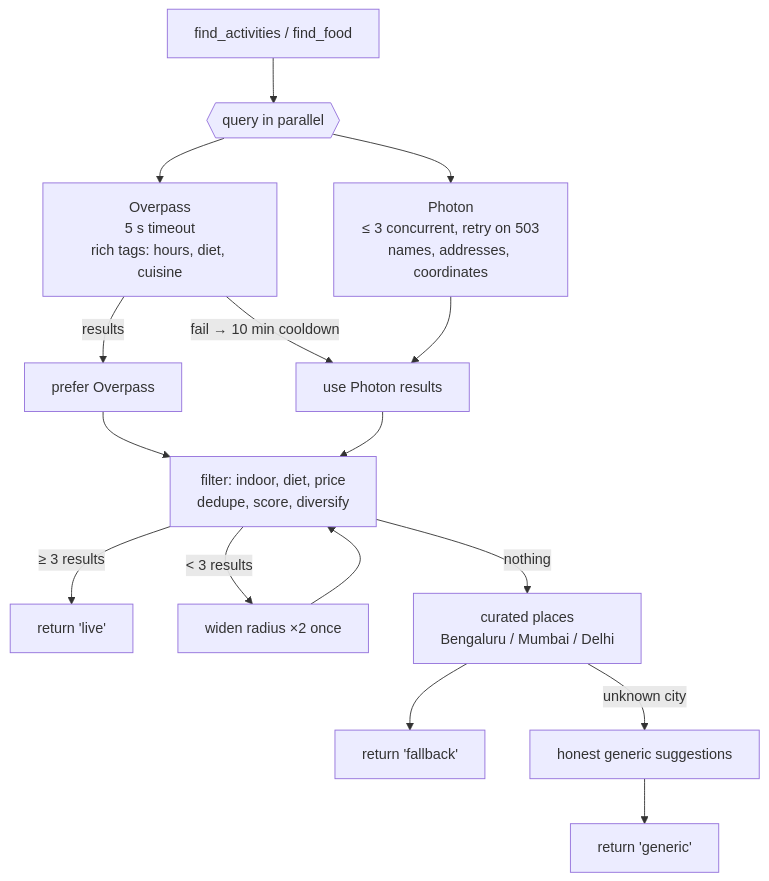
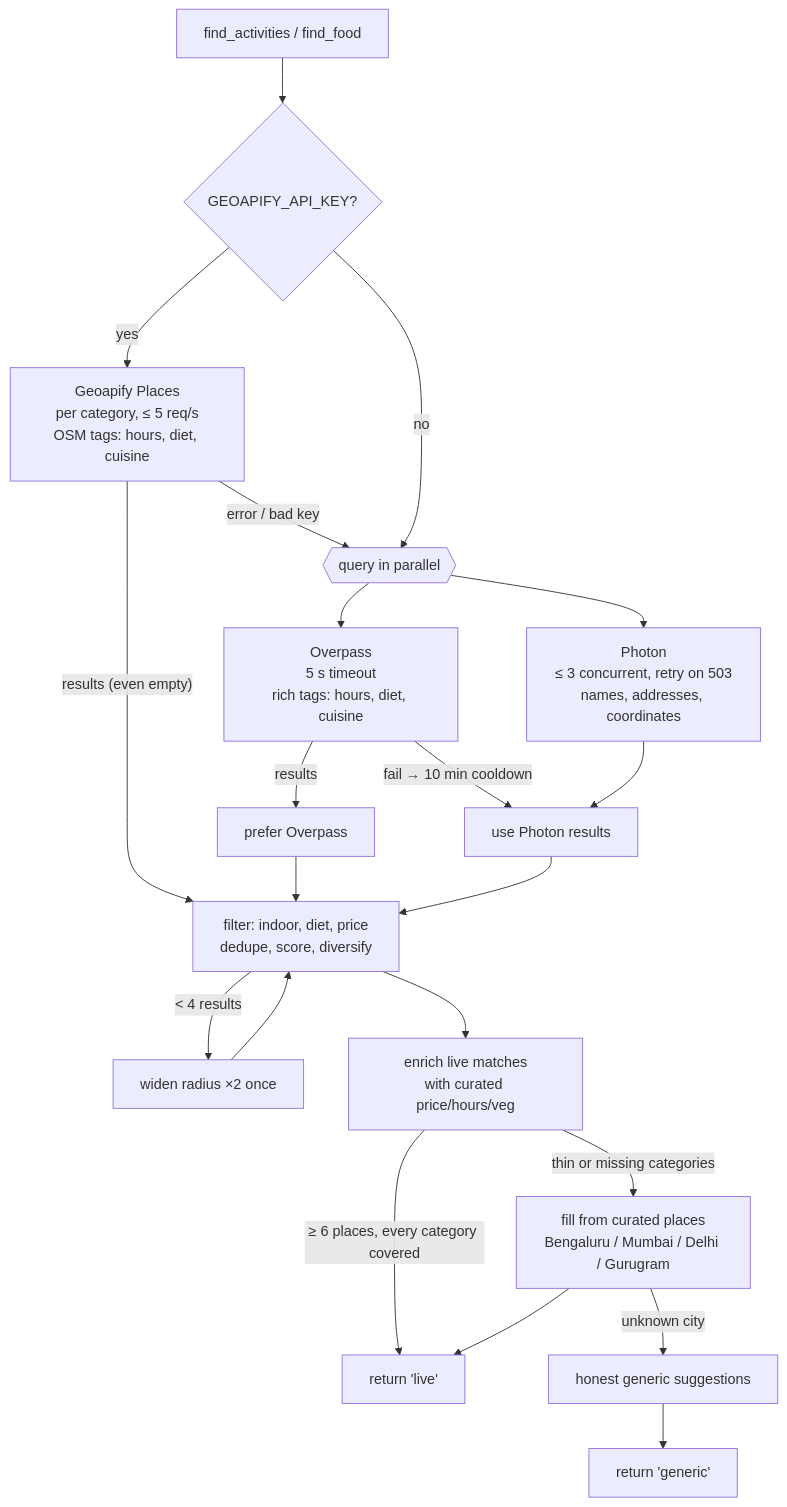
One commit to valayash/perfect-saturday-planner changed the fourth of 4 diagrams in docs/SYSTEM_DESIGN.md. Above: the diagram before and after it, drawn with Mermaid. The commit also changed other lines of this file and 12 other files, not shown here.

First line of the commit message:
Live place data first: Geoapify Places as the primary source

````diff
--- a/docs/SYSTEM_DESIGN.md
+++ b/docs/SYSTEM_DESIGN.md
@@ -223,15 +231,20 @@
 ```mermaid
 flowchart TD
-    Q["find_activities / find_food"] --> PAR{{"query in parallel"}}
+    Q["find_activities / find_food"] --> GEO{"GEOAPIFY_API_KEY?"}
+    GEO -- "yes" --> GA["Geoapify Places<br/>per category, ≤ 5 req/s<br/>OSM tags: hours, diet, cuisine"]
+    GA -- "results (even empty)" --> F
+    GA -- "error / bad key" --> PAR
+    GEO -- "no" --> PAR{{"query in parallel"}}
     PAR --> OV["Overpass<br/>5 s timeout<br/>rich tags: hours, diet, cuisine"]
     PAR --> PH["Photon<br/>≤ 3 concurrent, retry on 503<br/>names, addresses, coordinates"]
     OV -- "results" --> PICK["prefer Overpass"]
     OV -- "fail → 10 min cooldown" --> PH2["use Photon results"]
     PH --> PH2
     PICK --> F["filter: indoor, diet, price<br/>dedupe, score, diversify"]
     PH2 --> F
-    F -- "≥ 3 results" --> OUT["return 'live'"]
-    F -- "< 3 results" --> WIDEN["widen radius ×2 once"] --> F
-    F -- "nothing" --> CUR["curated places<br/>Bengaluru / Mumbai / Delhi"] --> OUT2["return 'fallback'"]
+    F -- "< 4 results" --> WIDEN["widen radius ×2 once"] --> F
+    F --> ENR["enrich live matches<br/>with curated price/hours/veg"]
+    ENR -- "≥ 6 places, every category covered" --> OUT["return 'live'"]
+    ENR -- "thin or missing categories" --> CUR["fill from curated places<br/>Bengaluru / Mumbai / Delhi / Gurugram"] --> OUT
     CUR -- "unknown city" --> GEN["honest generic suggestions"] --> OUT3["return 'generic'"]
 ```
````
